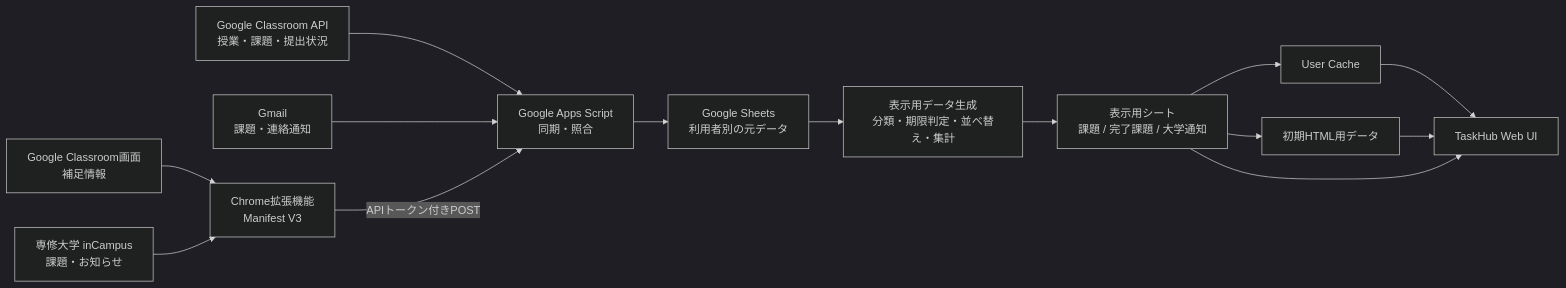
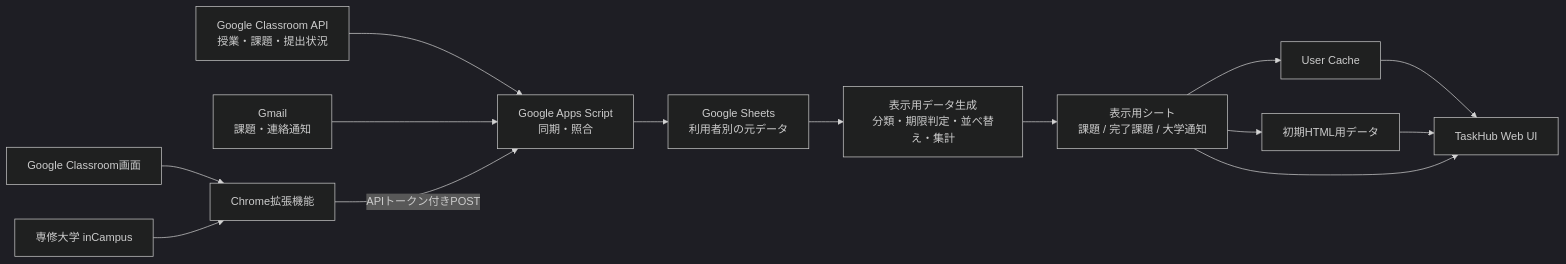
Before and after one commit to ponkichi1552/senshu-taskhub: the diagram in README.md, drawn with Mermaid (dark theme). The commit also changed other lines of this file, not shown here.

````diff
--- a/README.md
+++ b/README.md
@@ -87,19 +141,19 @@
 ```mermaid
 flowchart LR
     ClassroomAPI["Google Classroom API<br>授業・課題・提出状況"] --> Sync["Google Apps Script<br>同期・照合"]
     Gmail["Gmail<br>課題・連絡通知"] --> Sync
 
-    Classroom["Google Classroom画面<br>補足情報"] --> Extension["Chrome拡張機能<br>Manifest V3"]
-    InCampus["専修大学 inCampus<br>課題・お知らせ"] --> Extension
+    Classroom["Google Classroom画面"] --> Extension["Chrome拡張機能"]
+    InCampus["専修大学 inCampus"] --> Extension
     Extension -->|"APIトークン付きPOST"| Sync
 
     Sync --> RawSheets["Google Sheets<br>利用者別の元データ"]
     RawSheets --> Materialize["表示用データ生成<br>分類・期限判定・並べ替え・集計"]
     Materialize --> DisplaySheets["表示用シート<br>課題 / 完了課題 / 大学通知"]
 
     DisplaySheets --> UserCache["User Cache"]
     DisplaySheets --> InitialHtml["初期HTML用データ"]
     UserCache --> UI["TaskHub Web UI"]
     InitialHtml --> UI
     DisplaySheets --> UI
 ```
````
